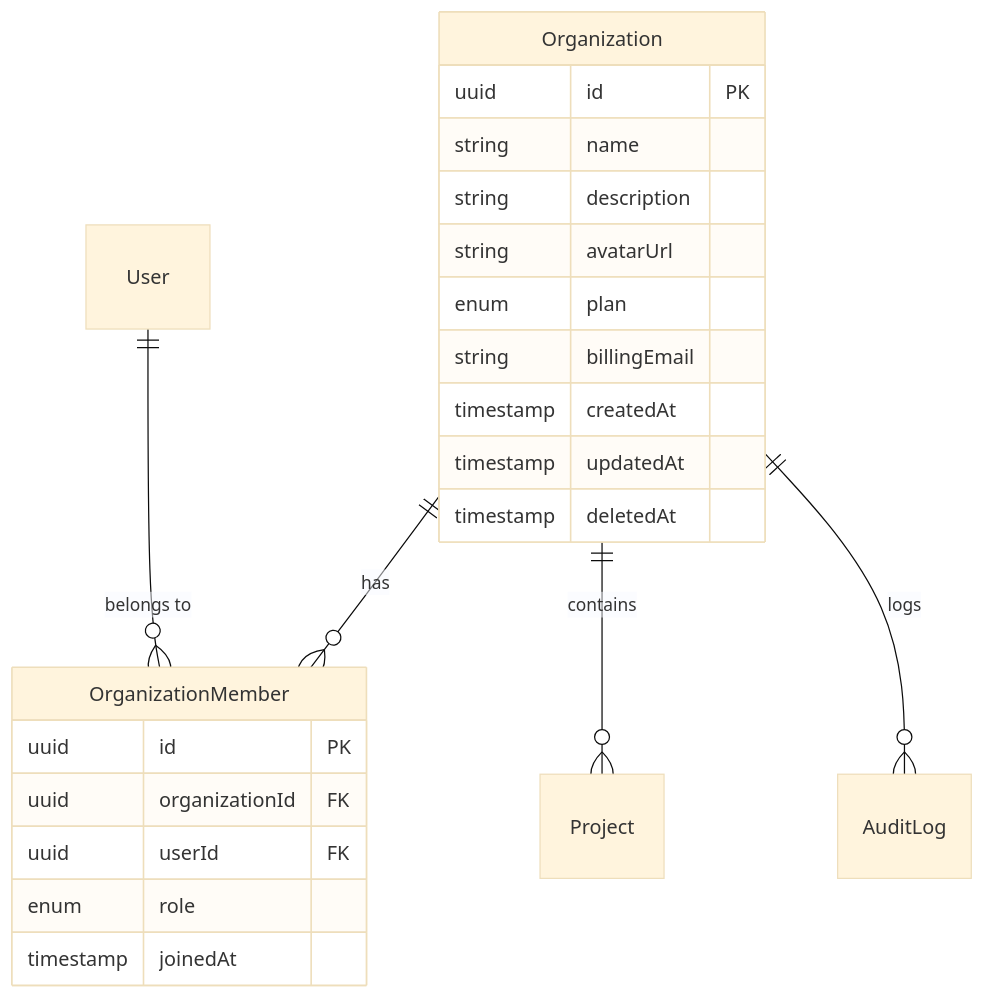
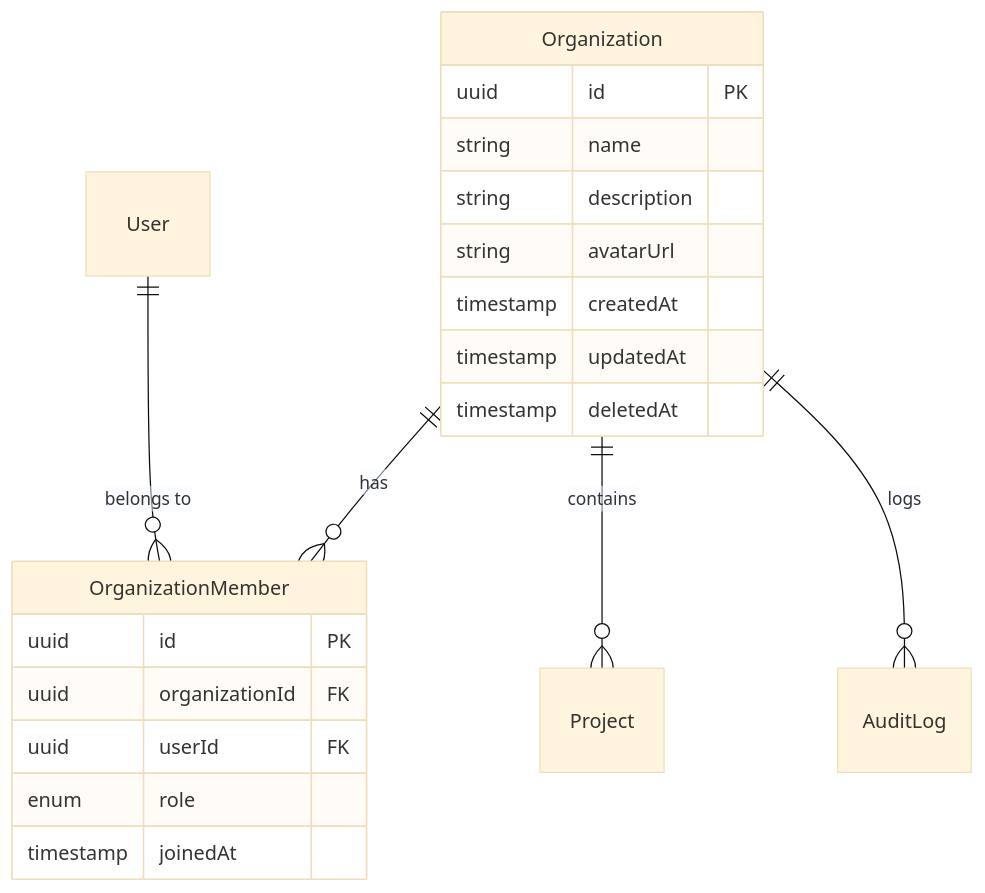
The fifth of 5 diagrams in docs/architecture/features/organization.md (tsutsumi389/agentest), drawn with Mermaid (base theme) before and after one commit. The commit also changed other lines of this file and 216 other files, not shown here.

````diff
--- a/docs/architecture/features/organization.md
+++ b/docs/architecture/features/organization.md
@@ -200,27 +200,25 @@
 ```mermaid
 erDiagram
     Organization ||--o{ OrganizationMember : "has"
     Organization ||--o{ Project : "contains"
     Organization ||--o{ AuditLog : "logs"
     User ||--o{ OrganizationMember : "belongs to"
 
     Organization {
         uuid id PK
         string name
         string description
         string avatarUrl
-        enum plan
-        string billingEmail
         timestamp createdAt
         timestamp updatedAt
         timestamp deletedAt
     }
 
     OrganizationMember {
         uuid id PK
         uuid organizationId FK
         uuid userId FK
         enum role
         timestamp joinedAt
     }
 ```
````
